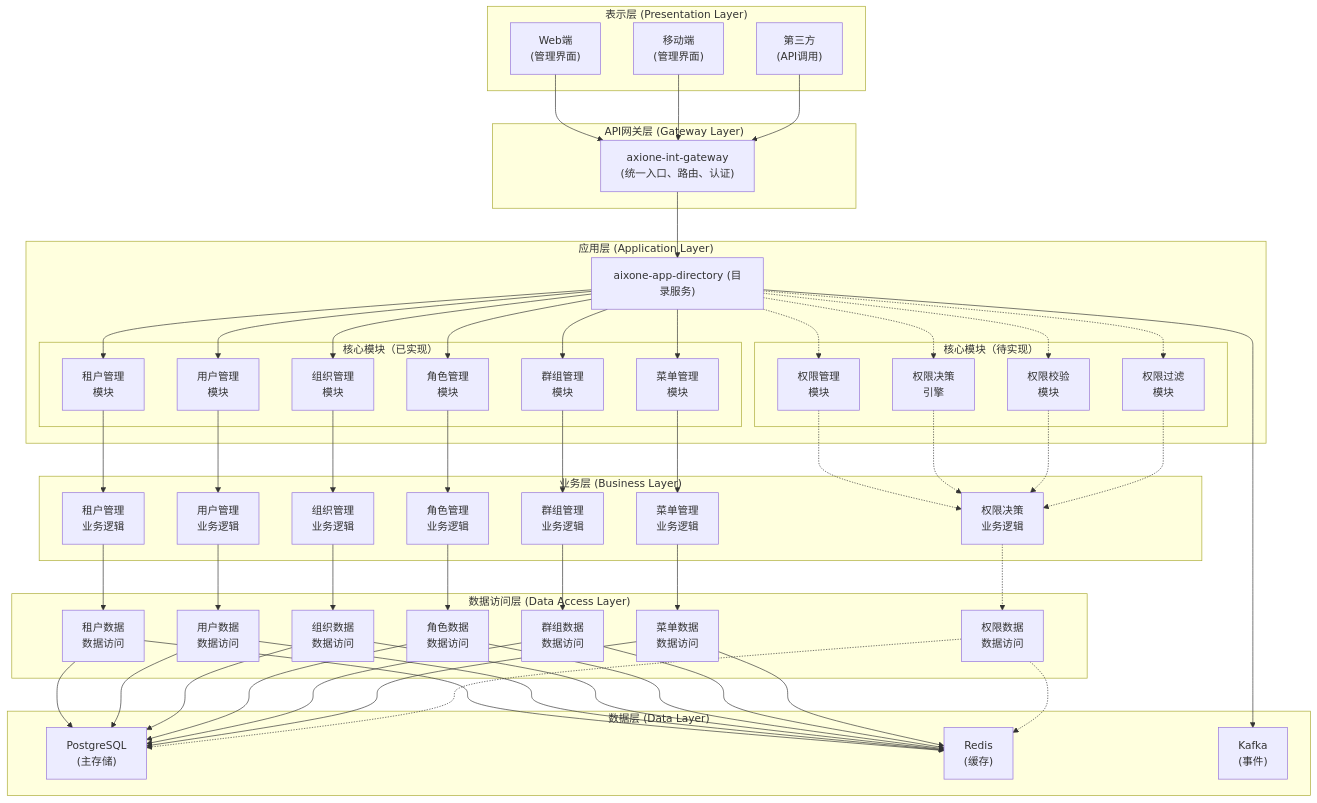
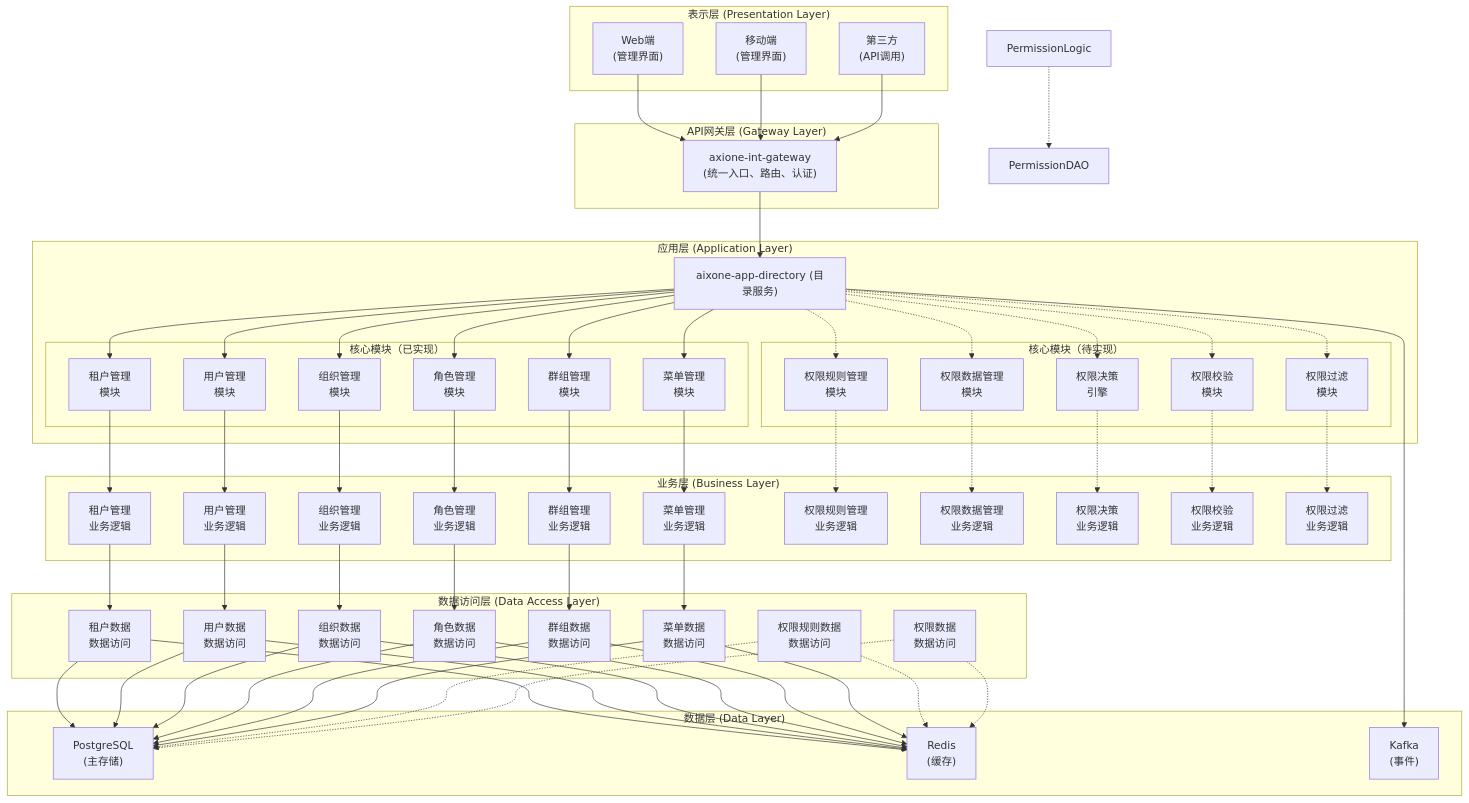
Before and after one commit to ai-archi/aiPaaS: the first of 2 diagrams in docs/architecture/aixone-app-directory-architecture.md, drawn with Mermaid. The commit also changed other lines of this file and 685 other files, not shown here.

````diff
--- a/docs/architecture/aixone-app-directory-architecture.md
+++ b/docs/architecture/aixone-app-directory-architecture.md
@@ -93,7 +93,8 @@
         end
         
         subgraph AppModulesPending["核心模块（待实现）"]
-            PermissionModule["权限管理<br/>模块"]
+            PermissionRuleModule["权限规则管理<br/>模块"]
+            PermissionDataModule["权限数据管理<br/>模块"]
             DecisionModule["权限决策<br/>引擎"]
             ValidationModule["权限校验<br/>模块"]
             FilterModule["权限过滤<br/>模块"]
@@ -107,7 +108,11 @@
         RoleLogic["角色管理<br/>业务逻辑"]
         GroupLogic["群组管理<br/>业务逻辑"]
         MenuLogic["菜单管理<br/>业务逻辑"]
-        PermissionLogic["权限决策<br/>业务逻辑"]
+        PermissionRuleLogic["权限规则管理<br/>业务逻辑"]
+        PermissionDataLogic["权限数据管理<br/>业务逻辑"]
+        PermissionDecisionLogic["权限决策<br/>业务逻辑"]
+        PermissionValidationLogic["权限校验<br/>业务逻辑"]
+        PermissionFilterLogic["权限过滤<br/>业务逻辑"]
     end
     
     subgraph DataAccess["数据访问层 (Data Access Layer)"]
@@ -117,7 +122,8 @@
         RoleDAO["角色数据<br/>数据访问"]
         GroupDAO["群组数据<br/>数据访问"]
         MenuDAO["菜单数据<br/>数据访问"]
-        PermissionDAO["权限数据<br/>数据访问"]
+        PermissionRuleDAO["权限规则数据<br/>数据访问"]
+        PermissionDataDAO["权限数据<br/>数据访问"]
     end
     
     subgraph Data["数据层 (Data Layer)"]
@@ -138,7 +144,8 @@
     DirectoryService --> RoleModule
     DirectoryService --> GroupModule
     DirectoryService --> MenuModule
-    DirectoryService -.-> PermissionModule
+    DirectoryService -.-> PermissionRuleModule
+    DirectoryService -.-> PermissionDataModule
     DirectoryService -.-> DecisionModule
     DirectoryService -.-> ValidationModule
     DirectoryService -.-> FilterModule
@@ -149,10 +156,11 @@
     RoleModule --> RoleLogic
     GroupModule --> GroupLogic
     MenuModule --> MenuLogic
-    PermissionModule -.-> PermissionLogic
-    DecisionModule -.-> PermissionLogic
-    ValidationModule -.-> PermissionLogic
-    FilterModule -.-> PermissionLogic
+    PermissionRuleModule -.-> PermissionRuleLogic
+    PermissionDataModule -.-> PermissionDataLogic
+    DecisionModule -.-> PermissionDecisionLogic
+    ValidationModule -.-> PermissionValidationLogic
+    FilterModule -.-> PermissionFilterLogic
     
     TenantLogic --> TenantDAO
     UserLogic --> UserDAO
@@ -174,8 +182,10 @@
     GroupDAO --> Redis
     MenuDAO --> PostgreSQL
     MenuDAO --> Redis
-    PermissionDAO -.-> PostgreSQL
-    PermissionDAO -.-> Redis
+    PermissionRuleDAO -.-> PostgreSQL
+    PermissionRuleDAO -.-> Redis
+    PermissionDataDAO -.-> PostgreSQL
+    PermissionDataDAO -.-> Redis
     
     DirectoryService --> Kafka
 ```
````
